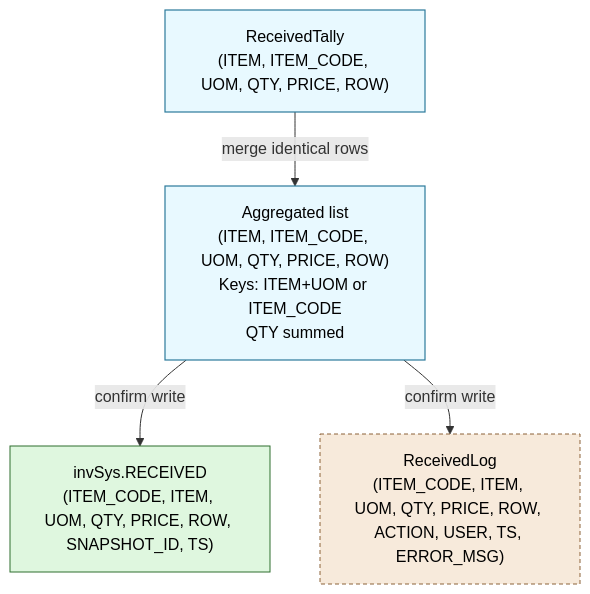
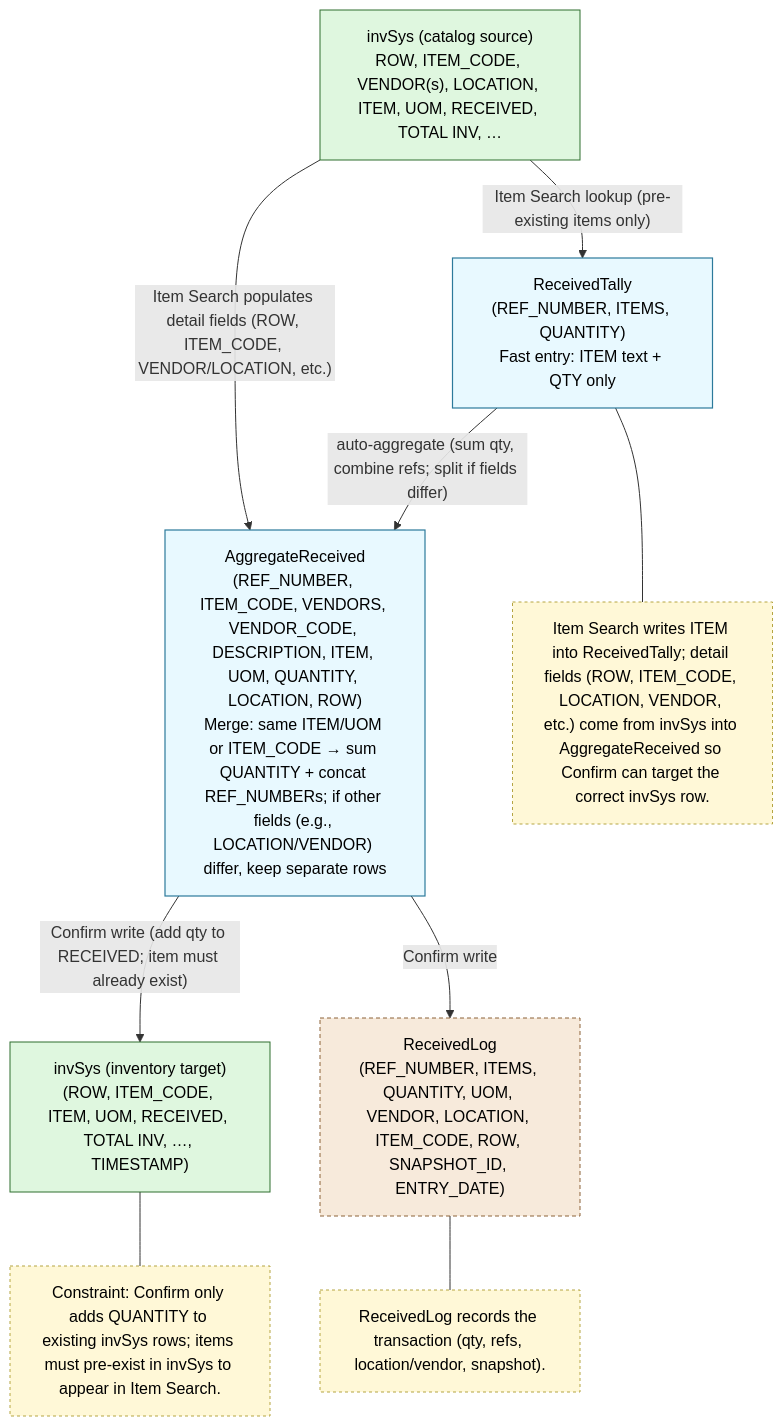
The first of 3 diagrams in plan docs/ReceivedTallySystem/03_data_contracts.md (justinwj/invSys), drawn with Mermaid before and after one commit. The commit also changed other lines of this file and 9 other files, not shown here.

````diff
--- a/plan docs/ReceivedTallySystem/03_data_contracts.md
+++ b/plan docs/ReceivedTallySystem/03_data_contracts.md
@@ -4,15 +8,27 @@
 ```mermaid
 flowchart TB
     classDef list fill:#e8f9ff,stroke:#2c7a9b,color:#000,stroke-width:1.2px;
     classDef data fill:#dff7df,stroke:#2f6f2f,color:#000;
     classDef log fill:#f7eadb,stroke:#8c6239,color:#000,stroke-dasharray:4 3;
+    classDef note fill:#fff8d7,stroke:#b5a542,color:#000,stroke-dasharray:3 3;
 
-    RT["ReceivedTally\n(ITEM, ITEM_CODE, UOM, QTY, PRICE, ROW)"]:::list
-    AGG["Aggregated list\n(ITEM, ITEM_CODE, UOM, QTY, PRICE, ROW)\nKeys: ITEM+UOM or ITEM_CODE\nQTY summed"]:::list
-    INV["invSys.RECEIVED\n(ITEM_CODE, ITEM, UOM, QTY, PRICE, ROW, SNAPSHOT_ID, TS)"]:::data
-    RLOG["ReceivedLog\n(ITEM_CODE, ITEM, UOM, QTY, PRICE, ROW, ACTION, USER, TS, ERROR_MSG)"]:::log
+    INV_SRC["invSys (catalog source)\nROW, ITEM_CODE, VENDOR(s), LOCATION, ITEM, UOM, RECEIVED, TOTAL INV, …"]:::data
+    RT["ReceivedTally\n(REF_NUMBER, ITEMS, QUANTITY)\nFast entry: ITEM text + QTY only"]:::list
+    AGG["AggregateReceived\n(REF_NUMBER, ITEM_CODE, VENDORS, VENDOR_CODE, DESCRIPTION, ITEM, UOM, QUANTITY, LOCATION, ROW)\nMerge: same ITEM/UOM or ITEM_CODE → sum QUANTITY + concat REF_NUMBERs; if other fields (e.g., LOCATION/VENDOR) differ, keep separate rows"]:::list
+    INV["invSys (inventory target)\n(ROW, ITEM_CODE, ITEM, UOM, RECEIVED, TOTAL INV, …, TIMESTAMP)"]:::data
+    RLOG["ReceivedLog\n(REF_NUMBER, ITEMS, QUANTITY, UOM, VENDOR, LOCATION, ITEM_CODE, ROW, SNAPSHOT_ID, ENTRY_DATE)"]:::log
 
-    RT -->|merge identical rows| AGG
-    AGG -->|confirm write| INV
-    AGG -->|confirm write| RLOG
+    INV_SRC -->|"Item Search lookup (pre-existing items only)"| RT
+    INV_SRC -->|"Item Search populates detail fields (ROW, ITEM_CODE, VENDOR/LOCATION, etc.)"| AGG
+    RT -->|"auto-aggregate (sum qty, combine refs; split if fields differ)"| AGG
+    AGG -->|"Confirm write (add qty to RECEIVED; item must already exist)"| INV
+    AGG -->|"Confirm write"| RLOG
+
+    NOTE1["Constraint: Confirm only adds QUANTITY to existing invSys rows; items must pre-exist in invSys to appear in Item Search."]:::note
+    NOTE2["Item Search writes ITEM into ReceivedTally; detail fields (ROW, ITEM_CODE, LOCATION, VENDOR, etc.) come from invSys into AggregateReceived so Confirm can target the correct invSys row."]:::note
+    NOTE3["ReceivedLog records the transaction (qty, refs, location/vendor, snapshot)."]:::note
+
+    INV --- NOTE1
+    RT --- NOTE2
+    RLOG --- NOTE3
 ```
````
